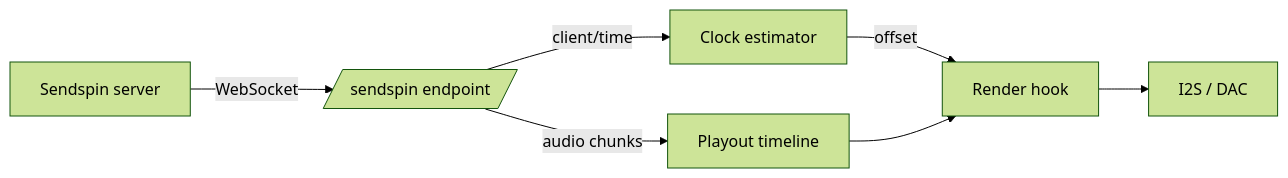
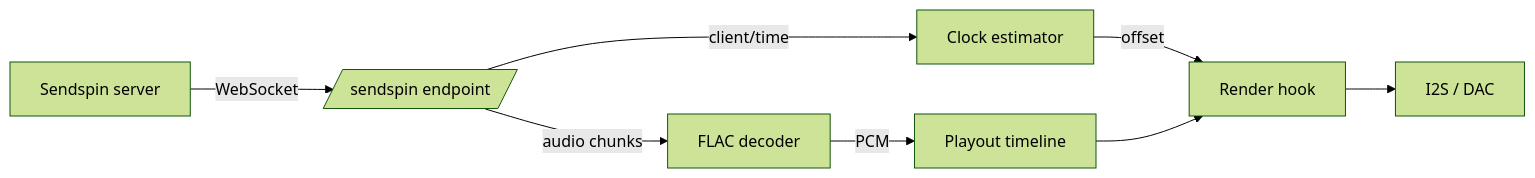
The diagram in docs/features/sendspin.md (emlynmac/airplay-esp32s), drawn with Mermaid (forest theme) before and after one commit. The commit also changed other lines of this file, not shown here.

````diff
--- a/docs/features/sendspin.md
+++ b/docs/features/sendspin.md
@@ -54,9 +56,10 @@
 ```mermaid
 flowchart LR
     S[Sendspin server] -- WebSocket --> W[/sendspin endpoint/]
-    W -- audio chunks --> T[Playout timeline]
+    W -- audio chunks --> D[FLAC decoder]
+    D -- PCM --> T[Playout timeline]
     W -- client/time --> C[Clock estimator]
     C -- offset --> R[Render hook]
     T --> R
     R --> O[I2S / DAC]
 ```
````
